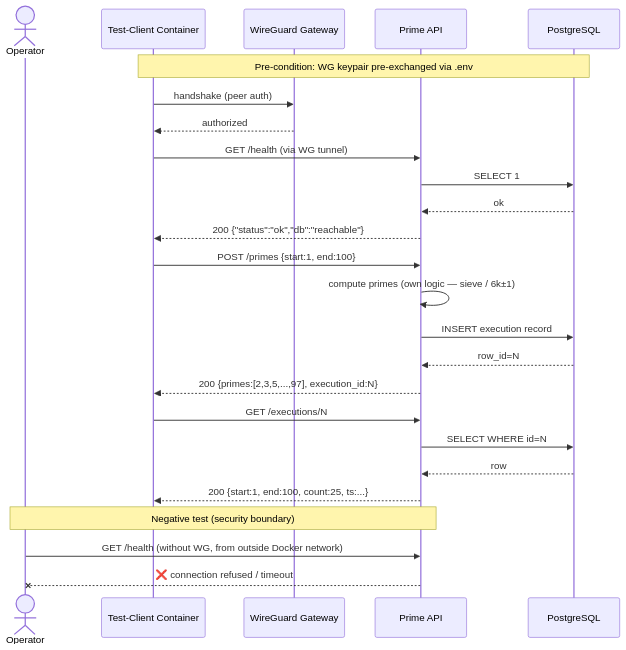
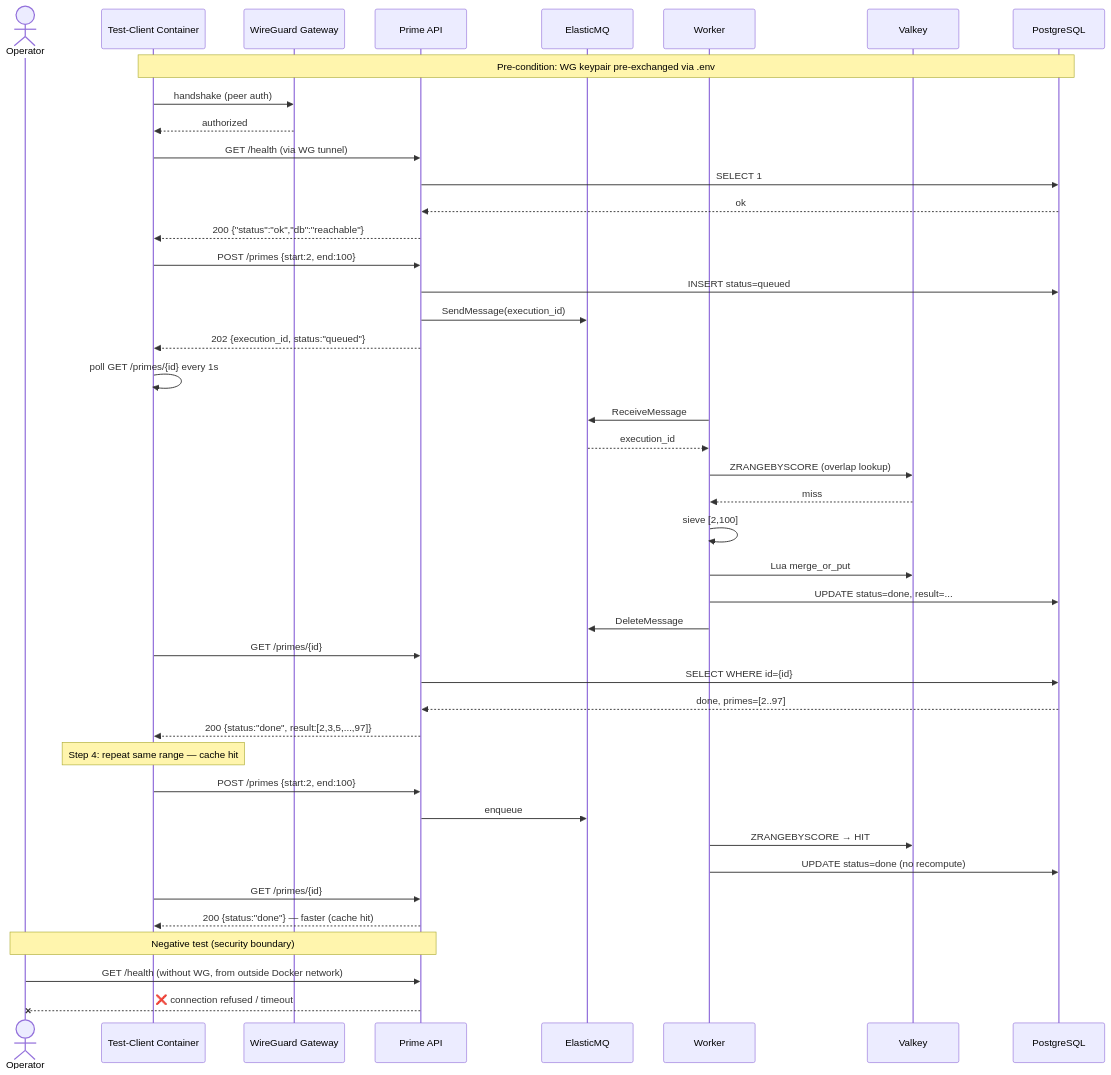
The second of 2 diagrams in README.md (BinHsu/aegis-enclave), drawn with Mermaid before and after one commit. The commit also changed other lines of this file and 2 other files, not shown here.

````diff
--- a/README.md
+++ b/README.md
@@ -178,33 +211,52 @@
 ```mermaid
 sequenceDiagram
     actor Op as Operator
     participant TC as Test-Client Container
     participant WG as WireGuard Gateway
     participant API as Prime API
+    participant SQS as ElasticMQ
+    participant WK as Worker
+    participant VK as Valkey
     participant DB as PostgreSQL
 
     Note over TC,DB: Pre-condition: WG keypair pre-exchanged via .env
 
     TC->>WG: handshake (peer auth)
     WG-->>TC: authorized
 
     TC->>API: GET /health (via WG tunnel)
     API->>DB: SELECT 1
     DB-->>API: ok
     API-->>TC: 200 {"status":"ok","db":"reachable"}
 
-    TC->>API: POST /primes {start:1, end:100}
-    API->>API: compute primes (own logic — sieve / 6k±1)
-    API->>DB: INSERT execution record
-    DB-->>API: row_id=N
-    API-->>TC: 200 {primes:[2,3,5,...,97], execution_id:N}
+    TC->>API: POST /primes {start:2, end:100}
+    API->>DB: INSERT status=queued
+    API->>SQS: SendMessage(execution_id)
+    API-->>TC: 202 {execution_id, status:"queued"}
 
-    TC->>API: GET /executions/N
-    API->>DB: SELECT WHERE id=N
-    DB-->>API: row
-    API-->>TC: 200 {start:1, end:100, count:25, ts:...}
+    TC->>TC: poll GET /primes/{id} every 1s
+    WK->>SQS: ReceiveMessage
+    SQS-->>WK: execution_id
+    WK->>VK: ZRANGEBYSCORE (overlap lookup)
+    VK-->>WK: miss
+    WK->>WK: sieve [2,100]
+    WK->>VK: Lua merge_or_put
+    WK->>DB: UPDATE status=done, result=...
+    WK->>SQS: DeleteMessage
+    TC->>API: GET /primes/{id}
+    API->>DB: SELECT WHERE id={id}
+    DB-->>API: done, primes=[2..97]
+    API-->>TC: 200 {status:"done", result:[2,3,5,...,97]}
+
+    Note over TC: Step 4: repeat same range — cache hit
+    TC->>API: POST /primes {start:2, end:100}
+    API->>SQS: enqueue
+    WK->>VK: ZRANGEBYSCORE → HIT
+    WK->>DB: UPDATE status=done (no recompute)
+    TC->>API: GET /primes/{id}
+    API-->>TC: 200 {status:"done"} — faster (cache hit)
 
     Note over Op,API: Negative test (security boundary)
     Op->>API: GET /health (without WG, from outside Docker network)
     API--xOp: ❌ connection refused / timeout
 ```
````
